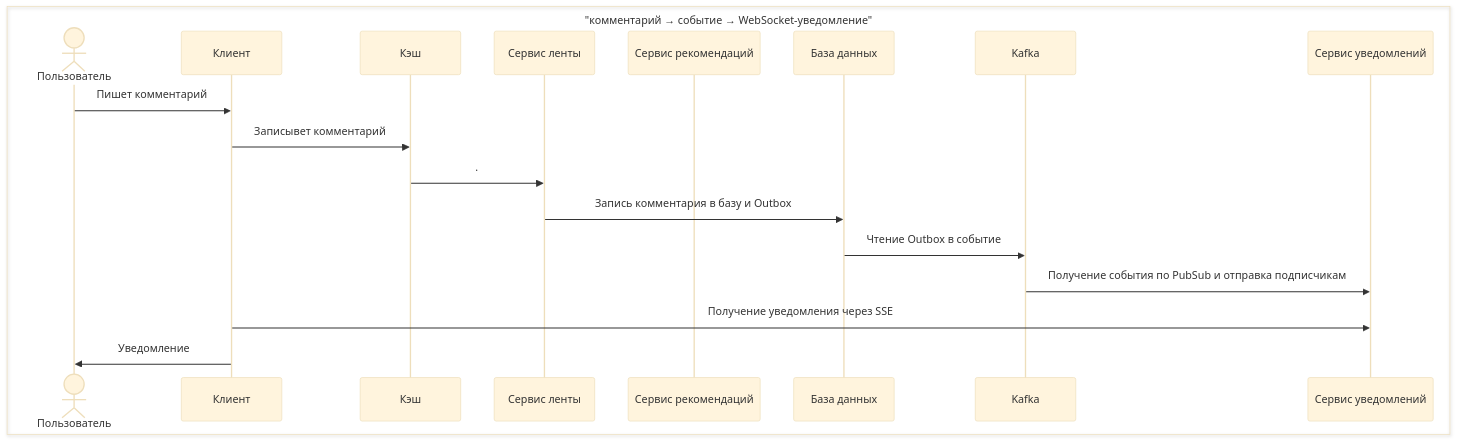
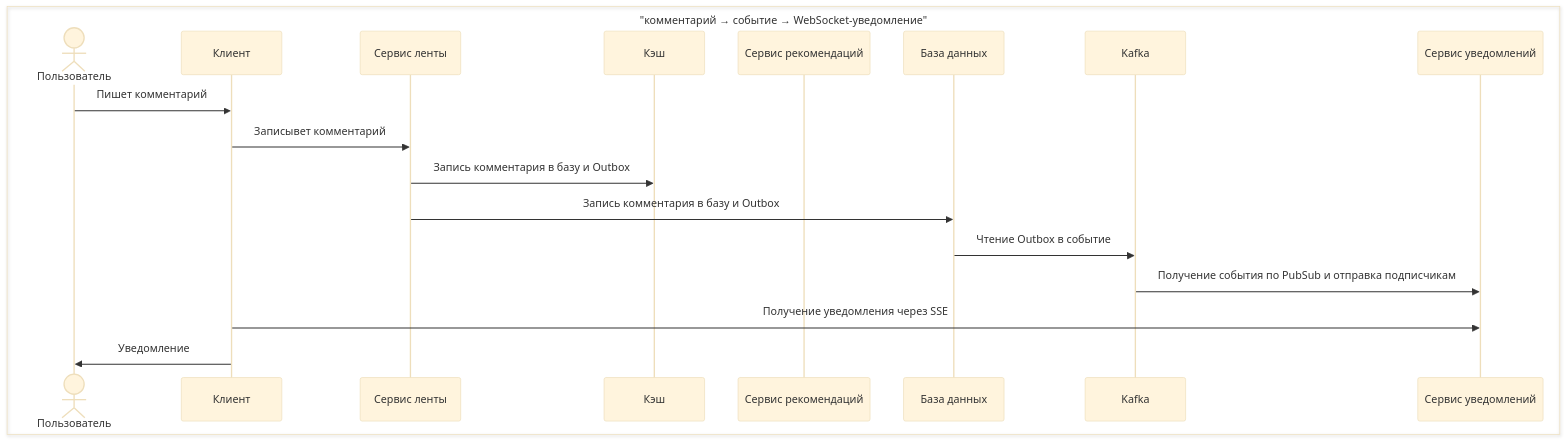
The sixth of 6 diagrams in System Design/Practice/2. Recommended feed.md (mike-pech/masters-theory), drawn with Mermaid (base theme) before and after one commit. The commit also changed other lines of this file and 6 other files, not shown here.

````diff
--- a/System Design/Practice/2. Recommended feed.md
+++ b/System Design/Practice/2. Recommended feed.md
@@ -385,43 +467,43 @@
 ```mermaid
 sequenceDiagram
 
   
 
 box "комментарий → событие → WebSocket-уведомление"
 
 actor User as Пользователь
 
 participant Client as Клиент
 
+participant Server-feed as Сервис ленты
+
 participant Cache as Кэш
-
-participant Server-feed as Сервис ленты
 
 participant Server-rec as Сервис рекомендаций
 
 participant Database as База данных
 
 participant Kafka as Kafka
 
 participant Server-notif as Сервис уведомлений
 
 end
 
   
 
 User->>Client: Пишет комментарий
 
-Client->>Cache: Записывет комментарий
+Client->>Server-feed: Записывет комментарий
 
-Cache->>Server-feed: .
+Server-feed->>Cache: Запись комментария в базу и Outbox
 
 Server-feed->>Database: Запись комментария в базу и Outbox
 
 Database->>Kafka: Чтение Outbox в событие
 
 Kafka->>Server-notif: Получение события по PubSub и отправка подписчикам
 
 Client->>Server-notif: Получение уведомления через SSE
 
 Client->>User: Уведомление
 ```
````
